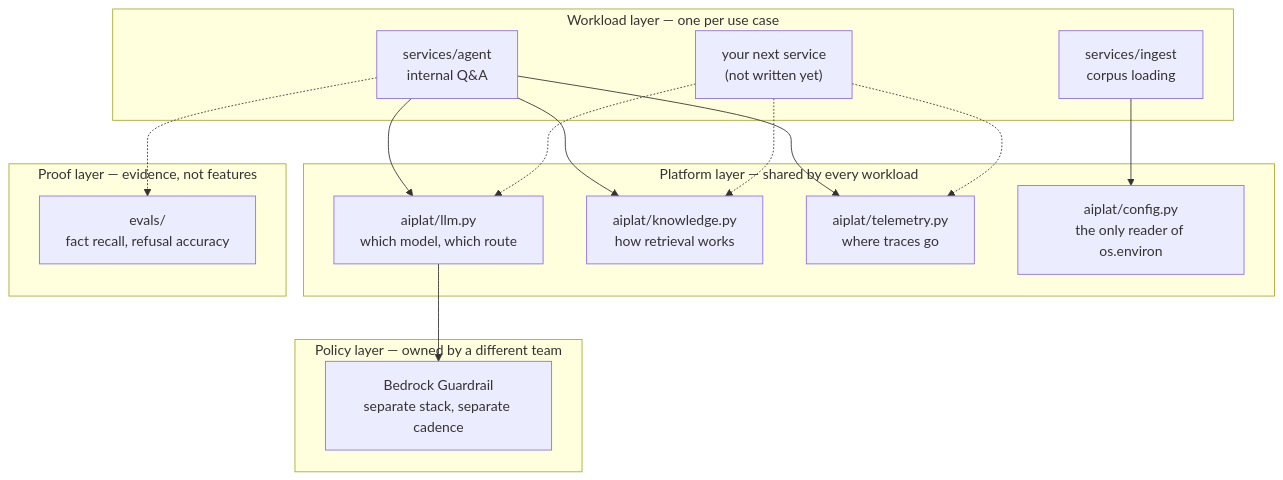
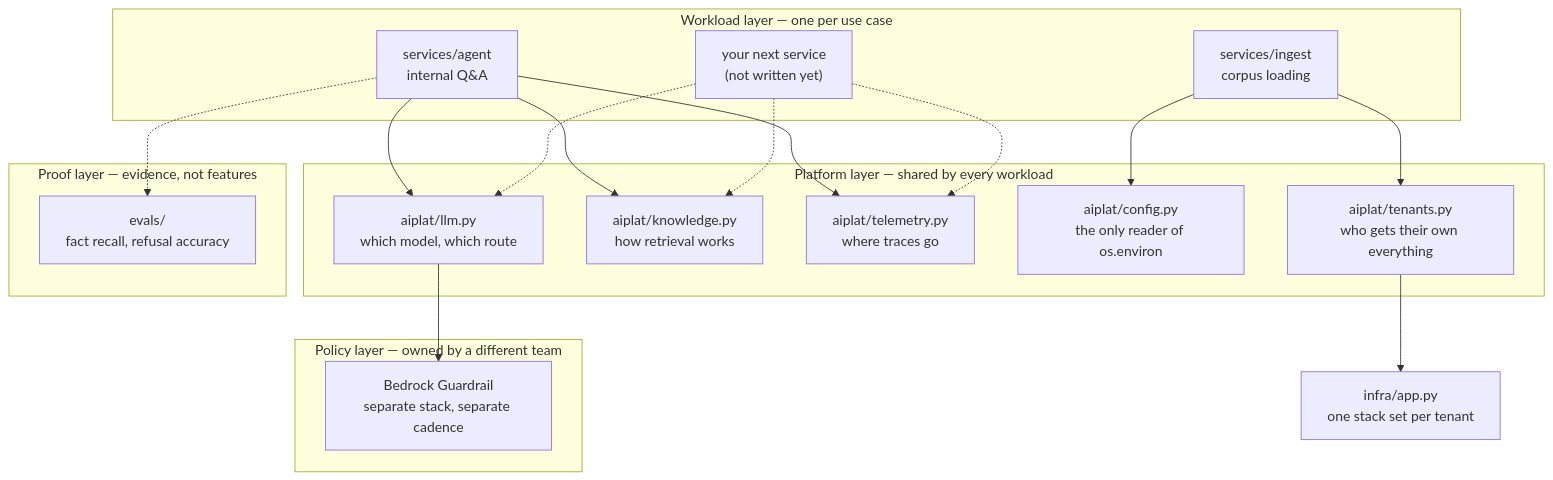
The diagram in docs/platform.md (gnutvz/AWS-GenAI-Platform), drawn with Mermaid before and after one commit. The commit also changed other lines of this file and 1 other file, not shown here.

First line of the commit message:
Correct the tenancy and chat UI status in the architecture docs

````diff
--- a/docs/platform.md
+++ b/docs/platform.md
@@ -16,29 +16,31 @@
 ```mermaid
 flowchart TD
     subgraph workload["Workload layer — one per use case"]
         A["services/agent<br/>internal Q&A"]
         B["services/ingest<br/>corpus loading"]
         C["your next service<br/>(not written yet)"]
     end
 
     subgraph platform["Platform layer — shared by every workload"]
         L["aiplat/llm.py<br/>which model, which route"]
         K["aiplat/knowledge.py<br/>how retrieval works"]
         T["aiplat/telemetry.py<br/>where traces go"]
         CFG["aiplat/config.py<br/>the only reader of os.environ"]
+        TEN["aiplat/tenants.py<br/>who gets their own everything"]
     end
 
     subgraph policy["Policy layer — owned by a different team"]
         G["Bedrock Guardrail<br/>separate stack, separate cadence"]
     end
 
     subgraph proof["Proof layer — evidence, not features"]
         E["evals/<br/>fact recall, refusal accuracy"]
     end
 
     A --> L & K & T
-    B --> CFG
+    B --> CFG & TEN
     C -.-> L & K & T
     L --> G
     A -.-> E
+    TEN --> INFRA["infra/app.py<br/>one stack set per tenant"]
 ```
````
